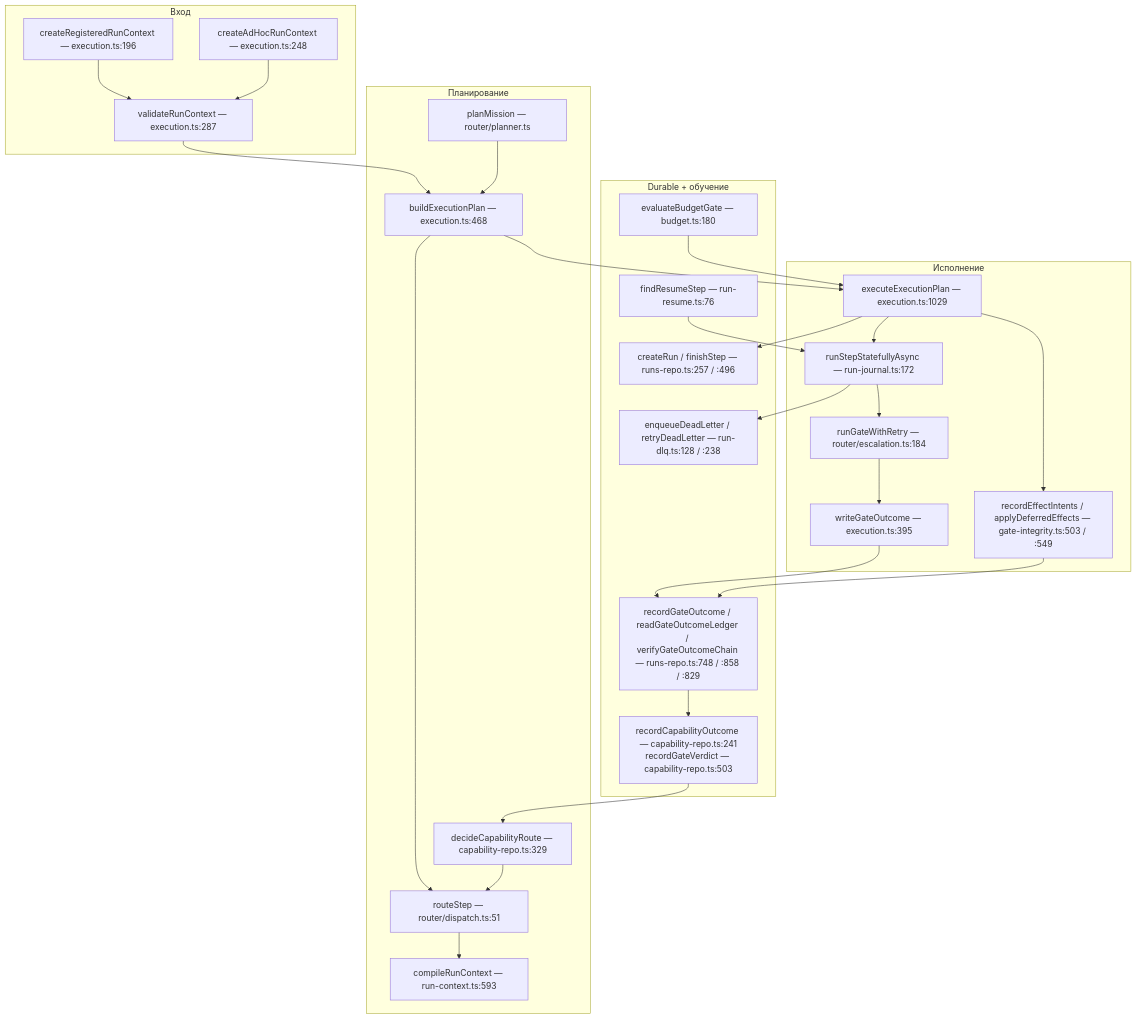
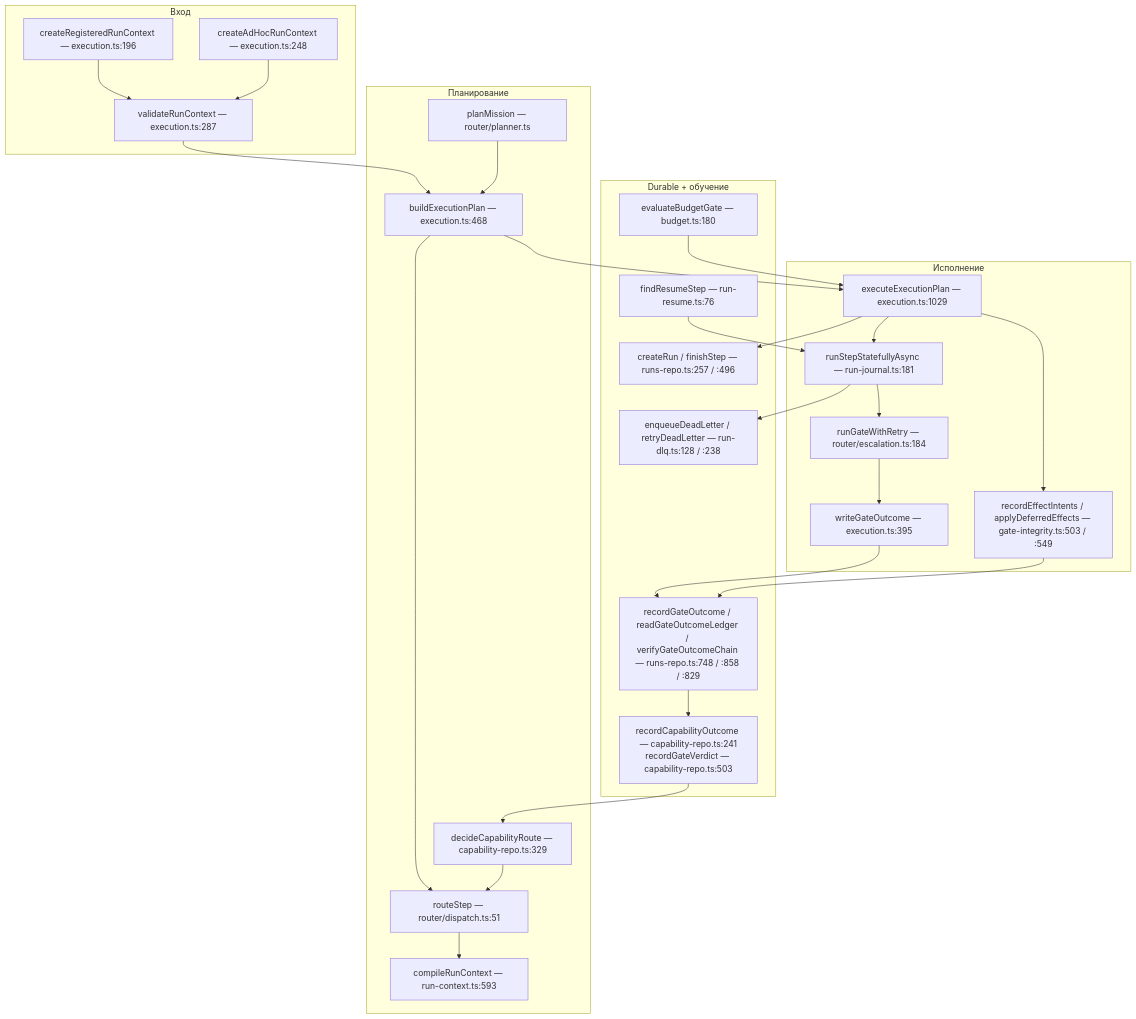
The third of 4 diagrams in docs/ARCHITECTURE-DIAGRAMS.md (DeadSno/agent-steward), drawn with Mermaid before and after one commit. The commit also changed other lines of this file and 1 other file, not shown here.

Commit message:
docs(architecture): refresh journal line anchors after PL-63 [DOC-2]

````diff
--- a/docs/ARCHITECTURE-DIAGRAMS.md
+++ b/docs/ARCHITECTURE-DIAGRAMS.md
@@ -230,54 +230,54 @@
 ```mermaid
 flowchart TB
     subgraph entry["Вход"]
         CR["createRegisteredRunContext — execution.ts:196"]
         CAH["createAdHocRunContext — execution.ts:248"]
         VRC["validateRunContext — execution.ts:287"]
     end
 
     subgraph plan["Планирование"]
         PLAN["planMission — router/planner.ts"]
         BP["buildExecutionPlan — execution.ts:468"]
         ROUTE["routeStep — router/dispatch.ts:51"]
         DECIDE["decideCapabilityRoute — capability-repo.ts:329"]
         COMPILE["compileRunContext — run-context.ts:593"]
     end
 
     subgraph run["Исполнение"]
         EXEC["executeExecutionPlan — execution.ts:1029"]
-        JOUR["runStepStatefullyAsync — run-journal.ts:172"]
+        JOUR["runStepStatefullyAsync — run-journal.ts:181"]
         WG["writeGateOutcome — execution.ts:395"]
         GATE["runGateWithRetry — router/escalation.ts:184"]
         EFFECT["recordEffectIntents / applyDeferredEffects — gate-integrity.ts:503 / :549"]
     end
 
     subgraph persist["Durable + обучение"]
         RUNS["createRun / finishStep — runs-repo.ts:257 / :496"]
         LEDGER["recordGateOutcome / readGateOutcomeLedger / verifyGateOutcomeChain — runs-repo.ts:748 / :858 / :829"]
         CAP["recordCapabilityOutcome — capability-repo.ts:241<br/>recordGateVerdict — capability-repo.ts:503"]
         RESUME["findResumeStep — run-resume.ts:76"]
         DLQ["enqueueDeadLetter / retryDeadLetter — run-dlq.ts:128 / :238"]
         BUDGET["evaluateBudgetGate — budget.ts:180"]
     end
 
     CR --> VRC
     CAH --> VRC
     VRC --> BP
     PLAN --> BP
     BP --> ROUTE
     DECIDE --> ROUTE
     ROUTE --> COMPILE
     BP --> EXEC
     EXEC --> RUNS
     EXEC --> JOUR
     JOUR --> GATE
     GATE --> WG
     WG --> LEDGER
     EXEC --> EFFECT
     EFFECT --> LEDGER
     LEDGER --> CAP
     CAP --> DECIDE
     BUDGET --> EXEC
     RESUME --> JOUR
     JOUR --> DLQ
 ```
````
